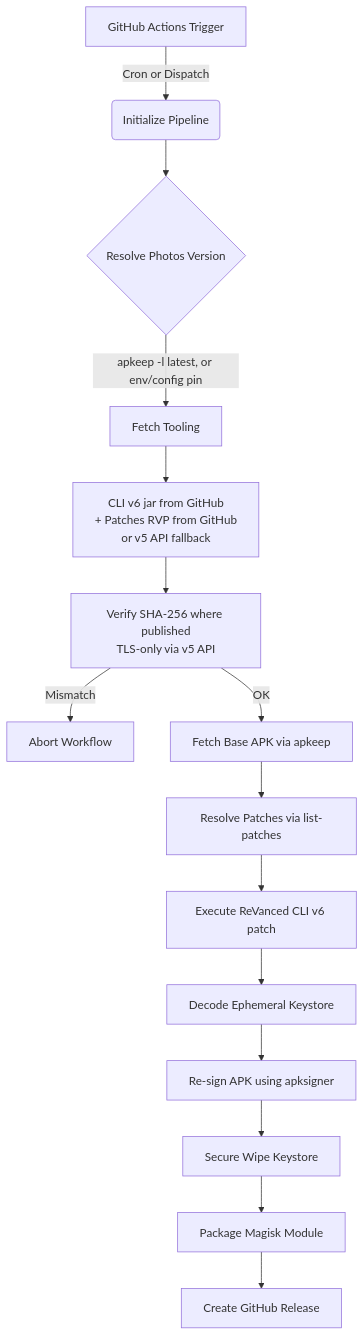
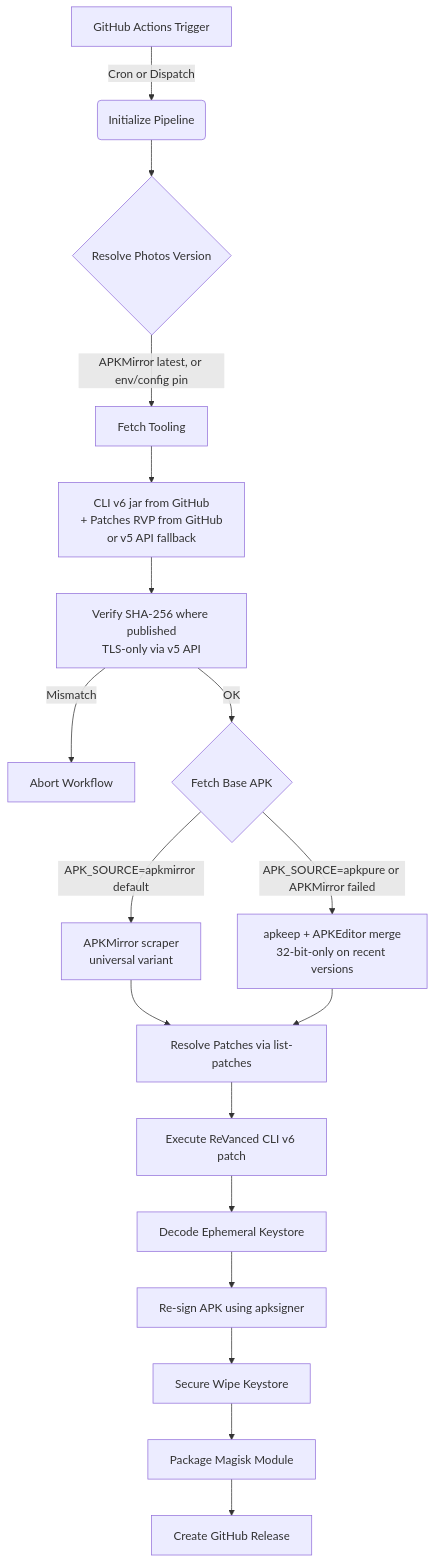
The diagram in docs/architecture.md (staneswilson/revanced-photos), drawn with Mermaid before and after one commit. The commit also changed other lines of this file and 10 other files, not shown here.

First line of the commit message:
feat: fetch Photos from APKMirror by default for universal APKs

````diff
--- a/docs/architecture.md
+++ b/docs/architecture.md
@@ -7,17 +7,20 @@
 ```mermaid
 graph TD
     A[GitHub Actions Trigger] -->|Cron or Dispatch| B(Initialize Pipeline)
     B --> C{Resolve Photos Version}
-    C -->|apkeep -l latest, or env/config pin| D[Fetch Tooling]
+    C -->|APKMirror latest, or env/config pin| D[Fetch Tooling]
     D --> E[CLI v6 jar from GitHub<br/>+ Patches RVP from GitHub<br/>or v5 API fallback]
     E --> F[Verify SHA-256 where published<br/>TLS-only via v5 API]
     F -->|Mismatch| G[Abort Workflow]
-    F -->|OK| H[Fetch Base APK via apkeep]
-    H --> I[Resolve Patches via list-patches]
+    F -->|OK| H{Fetch Base APK}
+    H -->|APK_SOURCE=apkmirror default| H1[APKMirror scraper<br/>universal variant]
+    H -->|APK_SOURCE=apkpure or APKMirror failed| H2[apkeep + APKEditor merge<br/>32-bit-only on recent versions]
+    H1 --> I[Resolve Patches via list-patches]
+    H2 --> I
     I --> J[Execute ReVanced CLI v6 patch]
     J --> K[Decode Ephemeral Keystore]
     K --> L[Re-sign APK using apksigner]
     L --> M[Secure Wipe Keystore]
     M --> N[Package Magisk Module]
     N --> O[Create GitHub Release]
 ```
````
